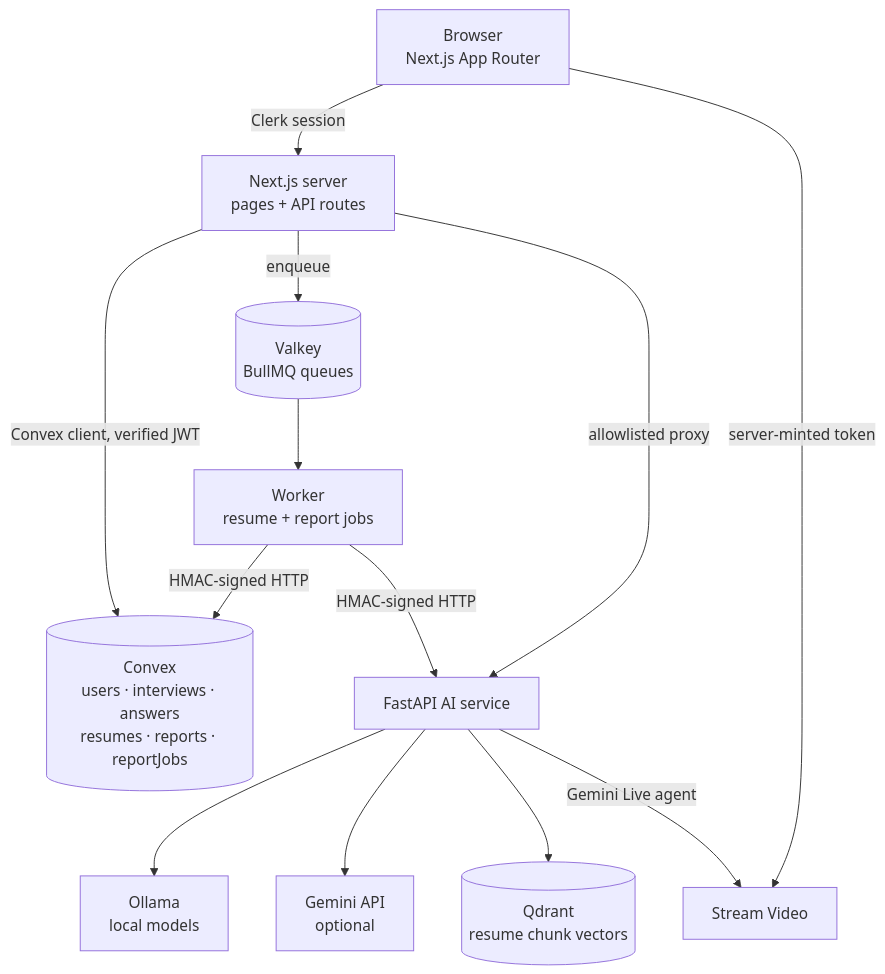
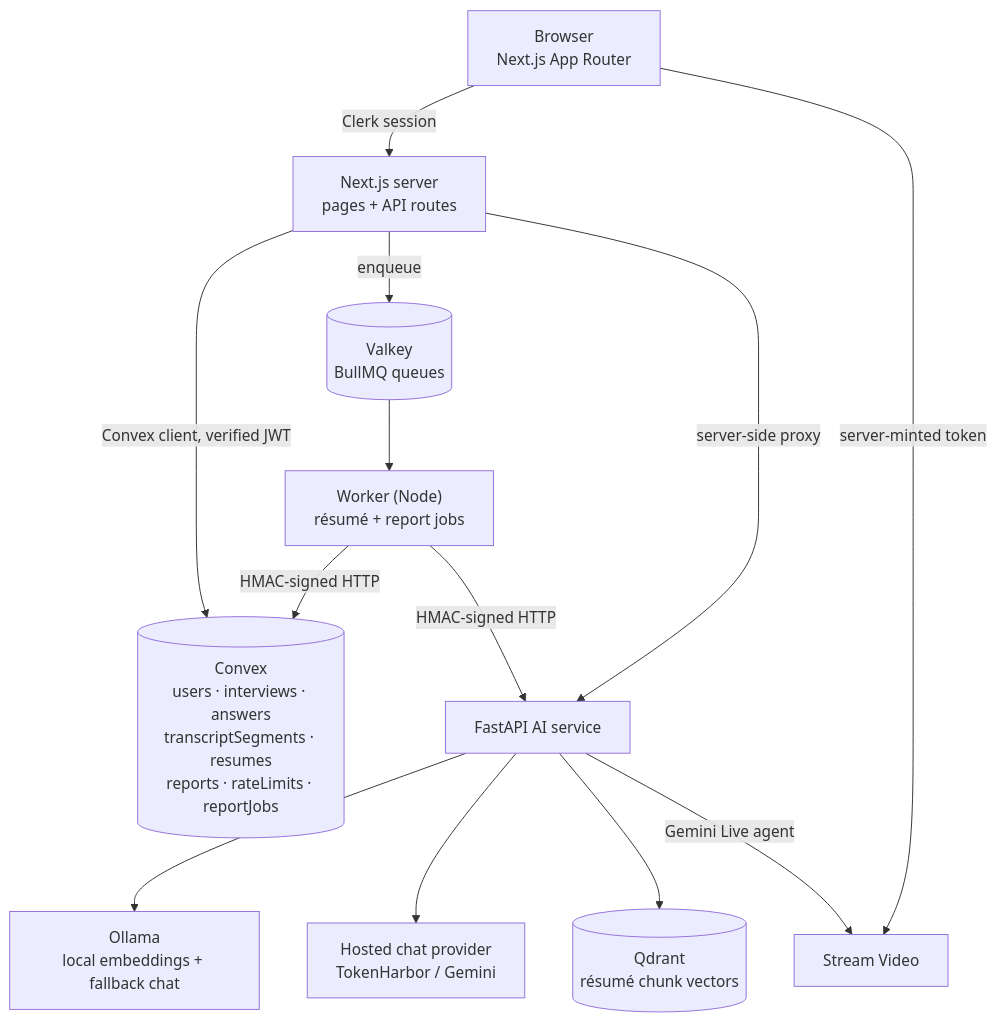
The diagram in README.md (ni3420/interview-ai), drawn with Mermaid before and after one commit. The commit also changed other lines of this file and 4 other files, not shown here.

````diff
--- a/README.md
+++ b/README.md
@@ -98,17 +100,17 @@
 ```mermaid
 flowchart TD
     Browser["Browser<br/>Next.js App Router"]
 
     Browser -->|Clerk session| Web["Next.js server<br/>pages + API routes"]
-    Web -->|Convex client, verified JWT| Convex[("Convex<br/>users · interviews · answers<br/>resumes · reports · reportJobs")]
+    Web -->|Convex client, verified JWT| Convex[("Convex<br/>users · interviews · answers<br/>transcriptSegments · resumes<br/>reports · rateLimits · reportJobs")]
     Web -->|enqueue| Queue[("Valkey<br/>BullMQ queues")]
-    Queue --> Worker["Worker<br/>resume + report jobs"]
+    Queue --> Worker["Worker (Node)<br/>résumé + report jobs"]
     Worker -->|HMAC-signed HTTP| Convex
     Worker -->|HMAC-signed HTTP| AI["FastAPI AI service"]
-    Web -->|allowlisted proxy| AI
-    AI --> Ollama["Ollama<br/>local models"]
-    AI --> Gemini["Gemini API<br/>optional"]
-    AI --> Qdrant[("Qdrant<br/>resume chunk vectors")]
+    Web -->|server-side proxy| AI
+    AI --> Ollama["Ollama<br/>local embeddings + fallback chat"]
+    AI --> Hosted["Hosted chat provider<br/>TokenHarbor / Gemini"]
+    AI --> Qdrant[("Qdrant<br/>résumé chunk vectors")]
     Browser -->|server-minted token| Stream["Stream Video"]
     AI -->|Gemini Live agent| Stream
 ```
````
